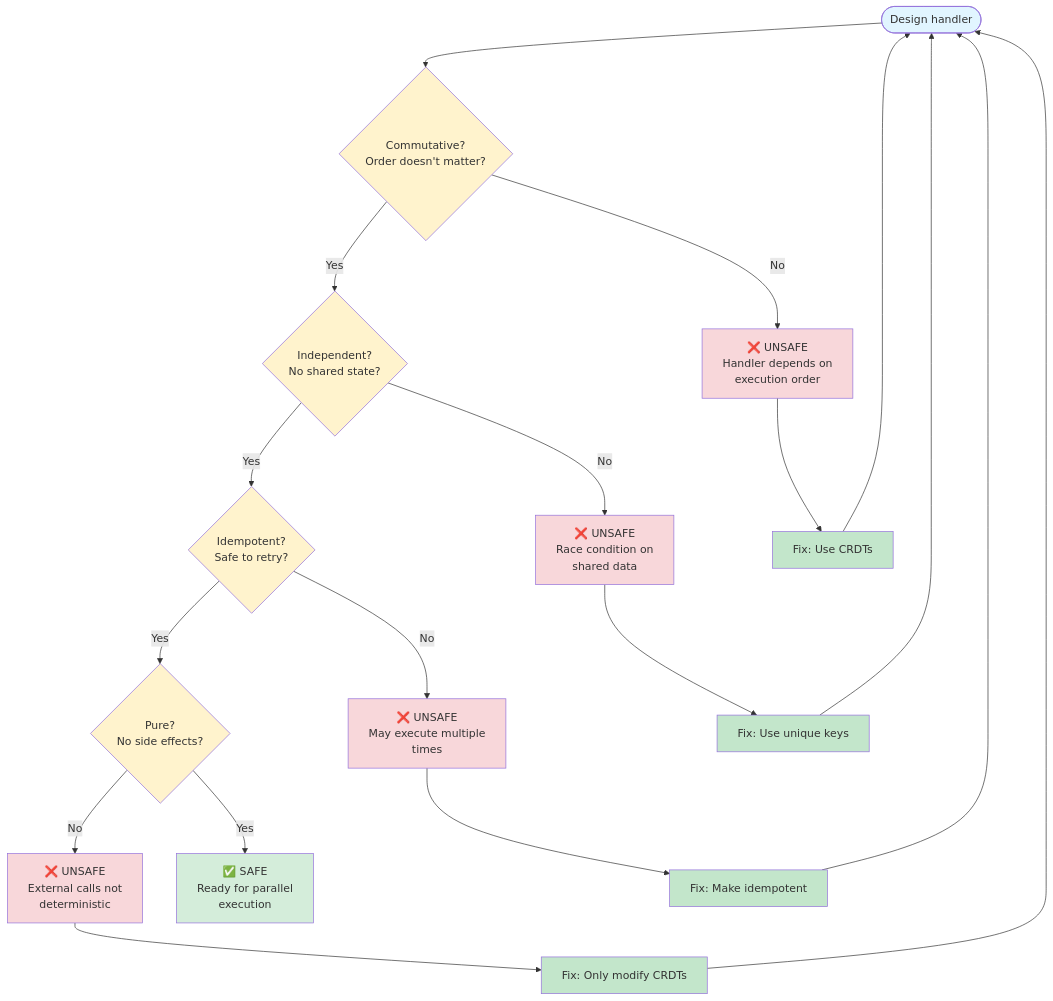
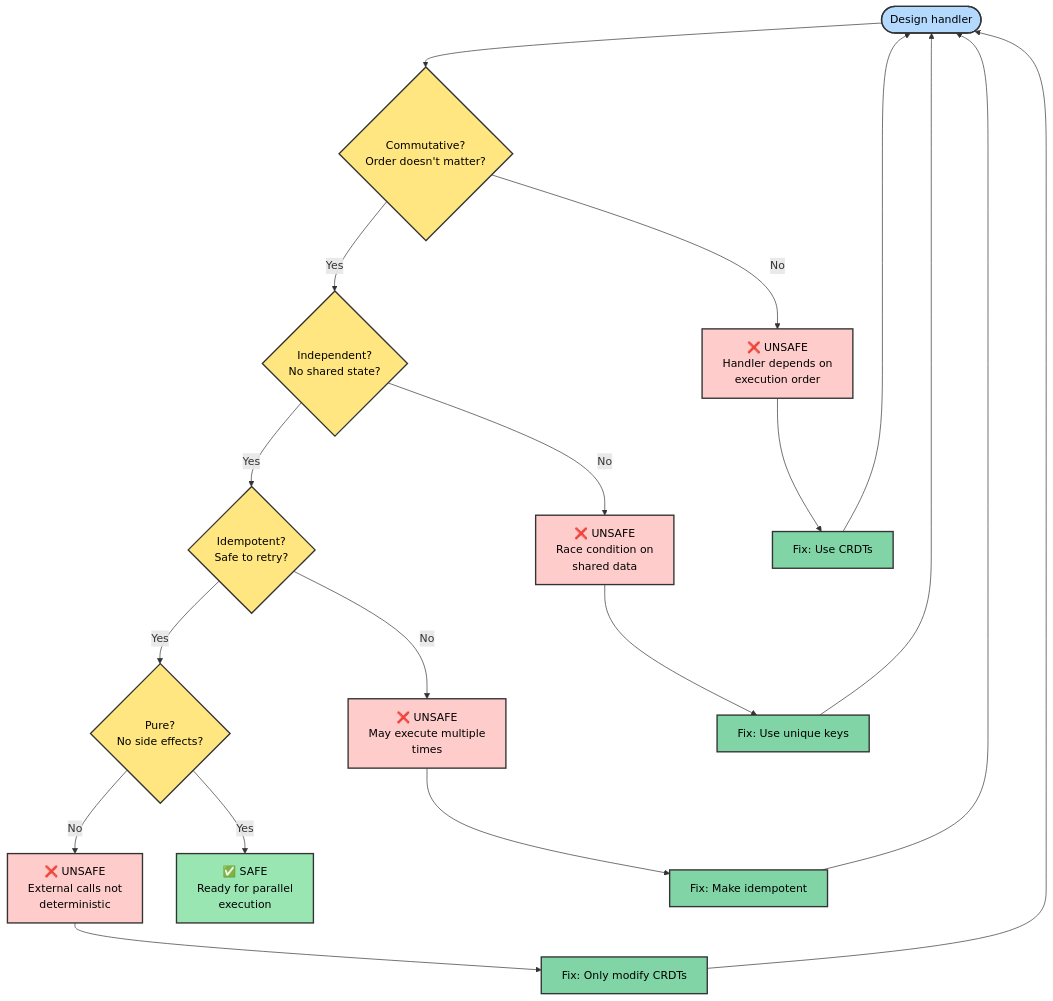
Before and after one commit to calimero-network/core: the fifth of 7 diagrams in crates/sdk/README.md, drawn with Mermaid. The commit also changed other lines of this file and 4 other files, not shown here.

First line of the commit message:
fix(docs): improve mermaid diagram accessibility and fix parsing errors

````diff
--- a/crates/sdk/README.md
+++ b/crates/sdk/README.md
@@ -259,41 +259,41 @@
 ```mermaid
 flowchart TD
     Start([Design handler]) --> Q1{Commutative?<br/>Order doesn't matter?}
     
     Q1 -->|No| Unsafe1[❌ UNSAFE<br/>Handler depends on<br/>execution order]
     Q1 -->|Yes| Q2{Independent?<br/>No shared state?}
     
     Q2 -->|No| Unsafe2[❌ UNSAFE<br/>Race condition on<br/>shared data]
     Q2 -->|Yes| Q3{Idempotent?<br/>Safe to retry?}
     
     Q3 -->|No| Unsafe3[❌ UNSAFE<br/>May execute multiple<br/>times]
     Q3 -->|Yes| Q4{Pure?<br/>No side effects?}
     
     Q4 -->|No| Unsafe4[❌ UNSAFE<br/>External calls not<br/>deterministic]
     Q4 -->|Yes| Safe[✅ SAFE<br/>Ready for parallel<br/>execution]
     
     Unsafe1 --> Fix1[Fix: Use CRDTs]
     Unsafe2 --> Fix2[Fix: Use unique keys]
     Unsafe3 --> Fix3[Fix: Make idempotent]
     Unsafe4 --> Fix4[Fix: Only modify CRDTs]
     
     Fix1 --> Start
     Fix2 --> Start
     Fix3 --> Start
     Fix4 --> Start
     
-    style Start fill:#e1f5ff
-    style Q1 fill:#fff3cd
-    style Q2 fill:#fff3cd
-    style Q3 fill:#fff3cd
-    style Q4 fill:#fff3cd
-    style Safe fill:#d4edda
-    style Unsafe1 fill:#f8d7da
-    style Unsafe2 fill:#f8d7da
-    style Unsafe3 fill:#f8d7da
-    style Unsafe4 fill:#f8d7da
-    style Fix1 fill:#c3e6cb
-    style Fix2 fill:#c3e6cb
-    style Fix3 fill:#c3e6cb
-    style Fix4 fill:#c3e6cb
+    style Start fill:#b3d9ff,stroke:#333,stroke-width:2px,color:#000
+    style Q1 fill:#ffe680,stroke:#333,stroke-width:2px,color:#000
+    style Q2 fill:#ffe680,stroke:#333,stroke-width:2px,color:#000
+    style Q3 fill:#ffe680,stroke:#333,stroke-width:2px,color:#000
+    style Q4 fill:#ffe680,stroke:#333,stroke-width:2px,color:#000
+    style Safe fill:#99e6b3,stroke:#333,stroke-width:2px,color:#000
+    style Unsafe1 fill:#ffcccc,stroke:#333,stroke-width:2px,color:#000
+    style Unsafe2 fill:#ffcccc,stroke:#333,stroke-width:2px,color:#000
+    style Unsafe3 fill:#ffcccc,stroke:#333,stroke-width:2px,color:#000
+    style Unsafe4 fill:#ffcccc,stroke:#333,stroke-width:2px,color:#000
+    style Fix1 fill:#80d4a6,stroke:#333,stroke-width:2px,color:#000
+    style Fix2 fill:#80d4a6,stroke:#333,stroke-width:2px,color:#000
+    style Fix3 fill:#80d4a6,stroke:#333,stroke-width:2px,color:#000
+    style Fix4 fill:#80d4a6,stroke:#333,stroke-width:2px,color:#000
 ```
````
